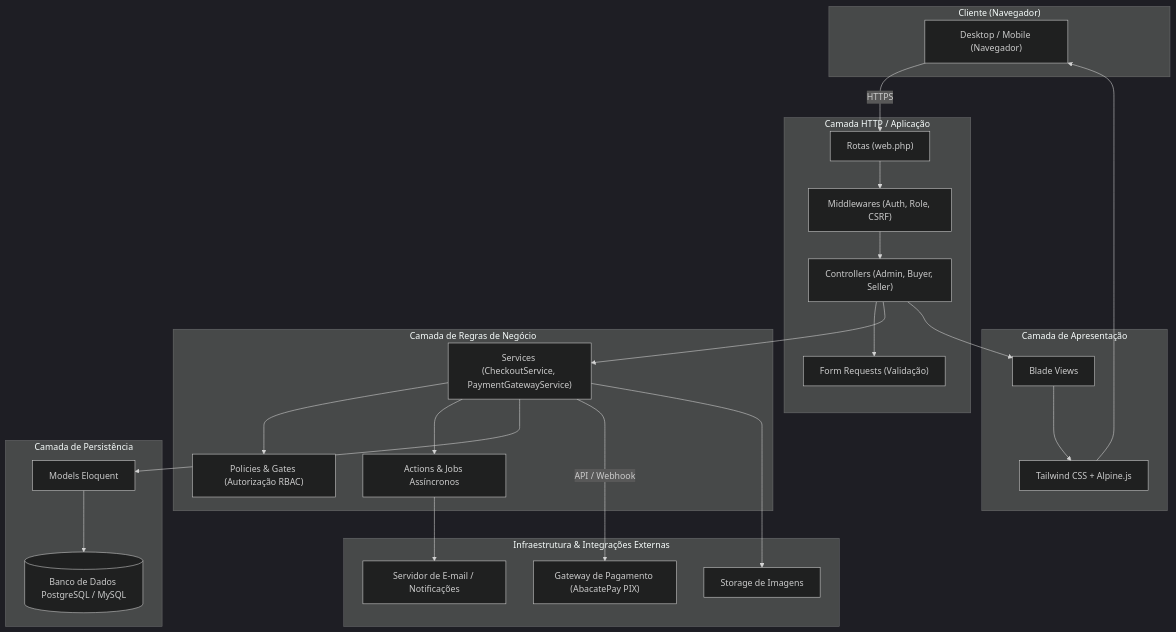
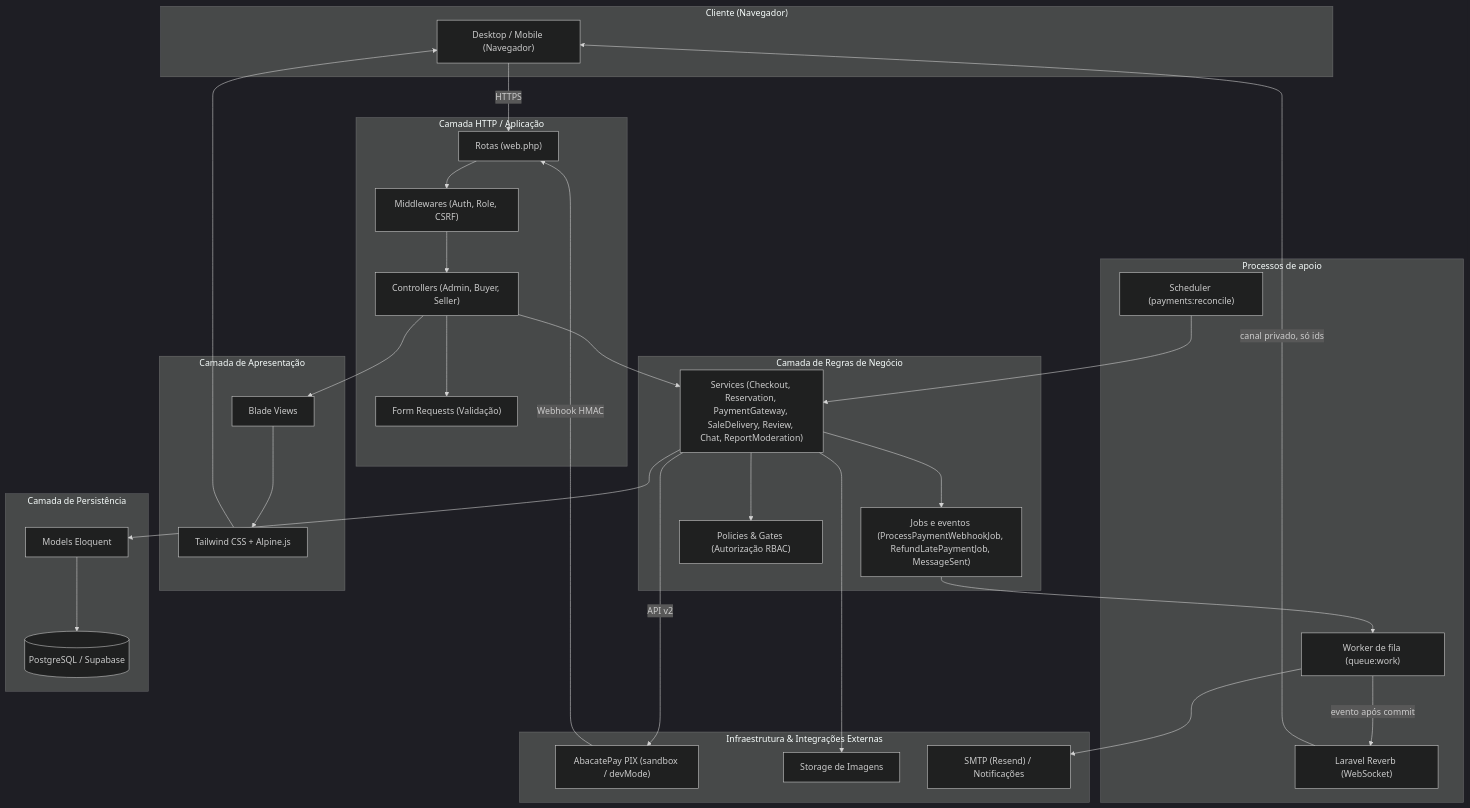
One commit to JoaoPMA23/TheMerchant changed the first of 3 diagrams in README.md. Above: the diagram before and after it, drawn with Mermaid (dark theme). The commit also changed other lines of this file and 15 other files, not shown here.

````diff
--- a/README.md
+++ b/README.md
@@ -214,51 +215,62 @@
 ```mermaid
 flowchart TD
     subgraph Client["Cliente (Navegador)"]
         Browser["Desktop / Mobile (Navegador)"]
     end
 
     subgraph Presentation["Camada de Apresentação"]
         Blade["Blade Views"]
         Tailwind["Tailwind CSS + Alpine.js"]
     end
 
     subgraph HttpLayer["Camada HTTP / Aplicação"]
         Routes["Rotas (web.php)"]
         Middleware["Middlewares (Auth, Role, CSRF)"]
         Controllers["Controllers (Admin, Buyer, Seller)"]
         Requests["Form Requests (Validação)"]
     end
 
     subgraph BusinessLayer["Camada de Regras de Negócio"]
-        Services["Services (CheckoutService, PaymentGatewayService)"]
-        Actions["Actions & Jobs Assíncronos"]
+        Services["Services (Checkout, Reservation, PaymentGateway, SaleDelivery, Review, Chat, ReportModeration)"]
+        Actions["Jobs e eventos (ProcessPaymentWebhookJob, RefundLatePaymentJob, MessageSent)"]
         Policies["Policies & Gates (Autorização RBAC)"]
+    end
+
+    subgraph AsyncLayer["Processos de apoio"]
+        Worker["Worker de fila (queue:work)"]
+        Scheduler["Scheduler (payments:reconcile)"]
+        Reverb["Laravel Reverb (WebSocket)"]
     end
 
     subgraph PersistenceLayer["Camada de Persistência"]
         Models["Models Eloquent"]
-        DB[(Banco de Dados PostgreSQL / MySQL)]
+        DB[(PostgreSQL / Supabase)]
     end
 
     subgraph ExternalInfra["Infraestrutura & Integrações Externas"]
-        Gateway["Gateway de Pagamento (AbacatePay PIX)"]
+        Gateway["AbacatePay PIX (sandbox / devMode)"]
         Storage["Storage de Imagens"]
-        MailService["Servidor de E-mail / Notificações"]
+        MailService["SMTP (Resend) / Notificações"]
     end
 
     Browser -->|HTTPS| Routes
     Routes --> Middleware
     Middleware --> Controllers
     Controllers --> Requests
     Controllers --> Services
     Services --> Policies
     Services --> Actions
     Services --> Models
     Models --> DB
-    Services -->|API / Webhook| Gateway
+    Services -->|API v2| Gateway
+    Gateway -->|Webhook HMAC| Routes
     Services --> Storage
-    Actions --> MailService
+    Actions --> Worker
+    Worker --> MailService
+    Worker -->|evento após commit| Reverb
+    Reverb -->|canal privado, só ids| Browser
+    Scheduler --> Services
     Controllers --> Blade
     Blade --> Tailwind
     Tailwind --> Browser
 ```
````
